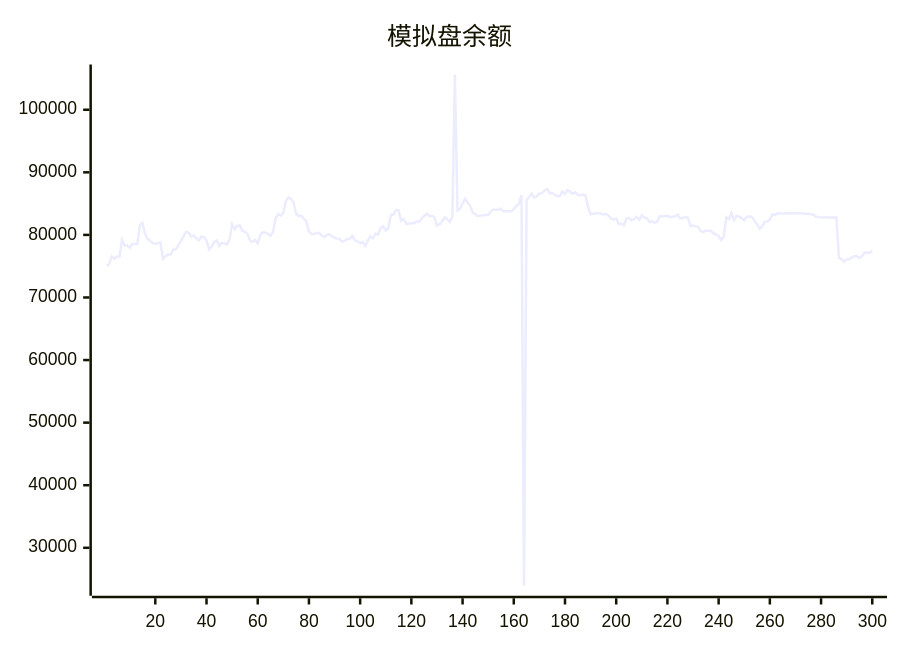
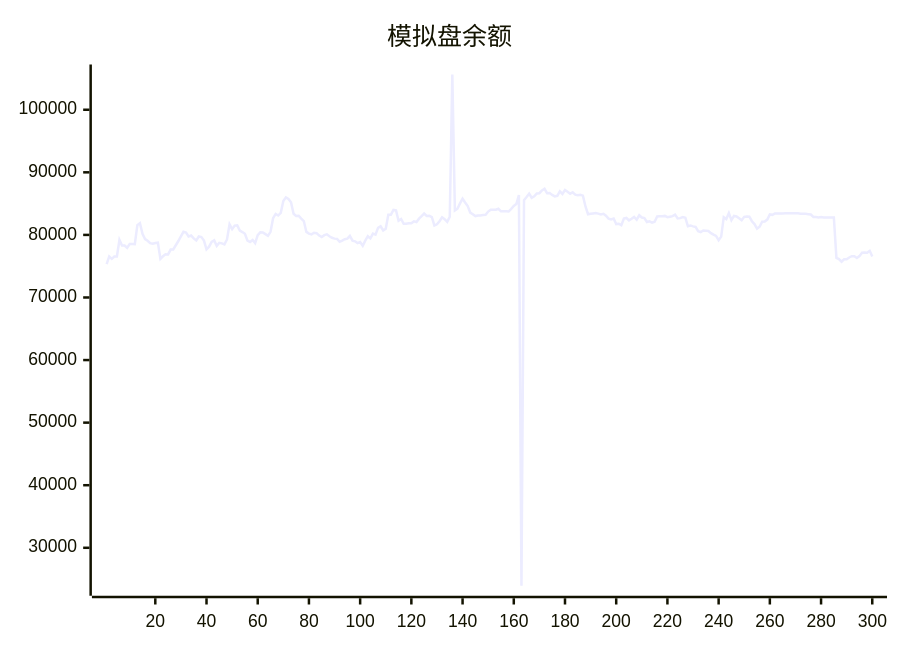
One commit to aahl/ai-trading changed the diagram in README.md. Above: the diagram before and after it, drawn with Mermaid. The commit also changed other lines of this file and 1 other file, not shown here.

````diff
--- a/README.md
+++ b/README.md
@@ -5,5 +5,5 @@
 ```mermaid
 xychart
     title "模拟盘余额"
-    line [75052,75334,76564,76179,76553,76551,79196,78300,78300,77944,78531,78531,78521,81564,81884,80160,79335,79055,78675,78580,78708,78764,76179,76586,76902,76876,77658,77669,78346,79023,79769,80497,80366,79761,79896,79448,79126,79749,79658,79097,77695,78114,78888,79126,78249,78738,78653,78478,79271,81680,80923,81488,81527,80681,80455,80190,79084,78879,79193,78686,79954,80403,80374,80118,79848,80491,82665,83351,83098,83525,85430,85983,85737,85221,83378,83014,83043,82613,82216,80477,80208,80081,80348,80277,79894,79670,79965,80093,79786,79542,79406,79371,78893,79087,79304,79406,79841,79072,78978,78696,78846,78272,79085,79787,79442,80198,80031,81120,81379,80718,80985,83214,83212,83993,83921,82270,82547,81776,81776,81866,81866,82158,82061,82596,83000,83408,83041,83050,82858,81503,81691,82188,82812,82517,82092,82901,105633,83898,84180,85030,85781,85178,84604,83569,83298,83008,83093,83107,83175,83228,83729,84025,84017,84019,84177,83775,83762,83785,83738,84160,84639,84939,86370,23934,85548,86046,86599,85942,86161,86622,86664,87115,87369,86666,86685,86384,86152,86243,86969,86548,87164,86885,86566,86809,86427,86348,86417,86273,84538,83299,83369,83430,83490,83404,83270,83362,83056,82605,82459,82614,81734,81788,81551,82598,82702,82320,82580,82878,82426,83139,82778,82686,82056,82166,81963,82110,82951,82983,82984,83038,82838,82915,82998,83235,82642,82682,82858,82746,81396,81512,81362,81277,80600,80461,80699,80673,80616,80288,80038,79836,79142,79722,82837,82533,83480,82366,83032,82960,82654,82330,82883,82934,82901,82188,81728,81005,81298,82110,82135,82449,83264,83203,83440,83439,83440,83440,83446,83447,83448,83447,83448,83449,83369,83369,83369,83313,83256,82872,82873,82801,82844,82785,82791,82791,82793,82794,76339,76145,75714,76110,76096,76397,76594,76585,76310,76607,77160,77170,77160,77456]
+    line [75334,76564,76179,76553,76551,79196,78300,78300,77944,78531,78531,78521,81564,81884,80160,79335,79055,78675,78580,78708,78764,76179,76586,76902,76876,77658,77669,78346,79023,79769,80497,80366,79761,79896,79448,79126,79749,79658,79097,77695,78114,78888,79126,78249,78738,78653,78478,79271,81680,80923,81488,81527,80681,80455,80190,79084,78879,79193,78686,79954,80403,80374,80118,79848,80491,82665,83351,83098,83525,85430,85983,85737,85221,83378,83014,83043,82613,82216,80477,80208,80081,80348,80277,79894,79670,79965,80093,79786,79542,79406,79371,78893,79087,79304,79406,79841,79072,78978,78696,78846,78272,79085,79787,79442,80198,80031,81120,81379,80718,80985,83214,83212,83993,83921,82270,82547,81776,81776,81866,81866,82158,82061,82596,83000,83408,83041,83050,82858,81503,81691,82188,82812,82517,82092,82901,105633,83898,84180,85030,85781,85178,84604,83569,83298,83008,83093,83107,83175,83228,83729,84025,84017,84019,84177,83775,83762,83785,83738,84160,84639,84939,86370,23934,85548,86046,86599,85942,86161,86622,86664,87115,87369,86666,86685,86384,86152,86243,86969,86548,87164,86885,86566,86809,86427,86348,86417,86273,84538,83299,83369,83430,83490,83404,83270,83362,83056,82605,82459,82614,81734,81788,81551,82598,82702,82320,82580,82878,82426,83139,82778,82686,82056,82166,81963,82110,82951,82983,82984,83038,82838,82915,82998,83235,82642,82682,82858,82746,81396,81512,81362,81277,80600,80461,80699,80673,80616,80288,80038,79836,79142,79722,82837,82533,83480,82366,83032,82960,82654,82330,82883,82934,82901,82188,81728,81005,81298,82110,82135,82449,83264,83203,83440,83439,83440,83440,83446,83447,83448,83447,83448,83449,83369,83369,83369,83313,83256,82872,82873,82801,82844,82785,82791,82791,82793,82794,76339,76145,75714,76110,76096,76397,76594,76585,76310,76607,77160,77170,77160,77456,76541]
 ```
````
